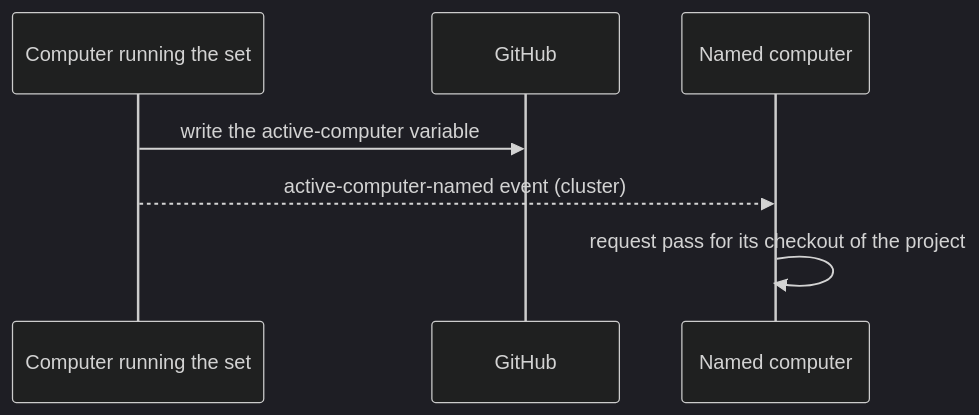
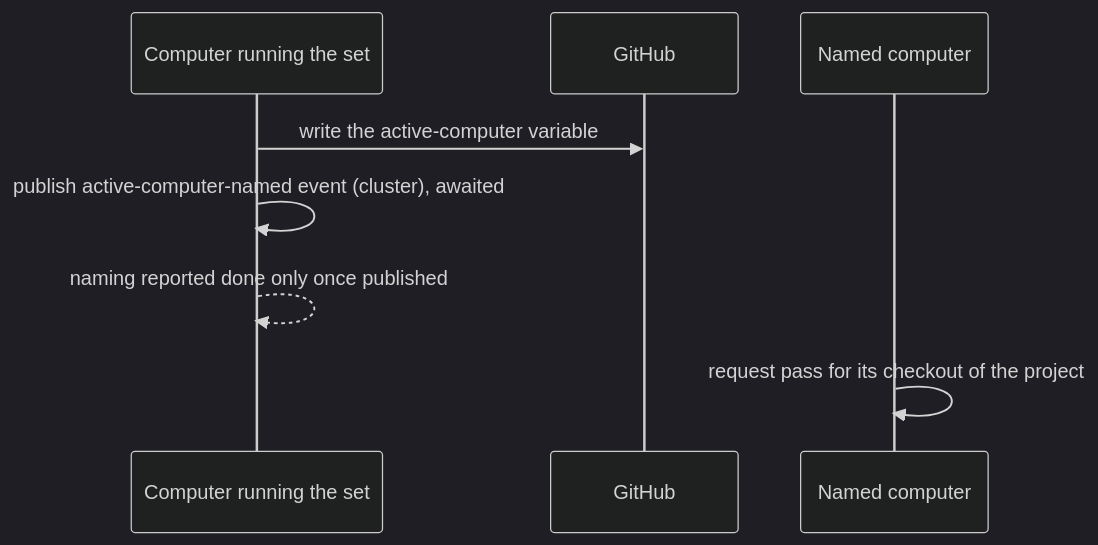
The third of 3 diagrams in docs/local/design/architecture/work-pickup.md (InstruktAI/TeleClaude), drawn with Mermaid (dark theme) before and after one commit. The commit also changed other lines of this file and 4 other files, not shown here.

First line of the commit message:
docs(work-pickup): close the architecture review's recovery and reflection gaps

````diff
--- a/docs/local/design/architecture/work-pickup.md
+++ b/docs/local/design/architecture/work-pickup.md
@@ -110,10 +112,11 @@
 ```mermaid
 sequenceDiagram
     participant Caller as Computer running the set
     participant GH as GitHub
     participant Named as Named computer
 
     Caller->>GH: write the active-computer variable
-    Caller-->>Named: active-computer-named event (cluster)
+    Caller->>Caller: publish active-computer-named event (cluster), awaited
+    Caller-->>Caller: naming reported done only once published
     Named->>Named: request pass for its checkout of the project
 ```
````
